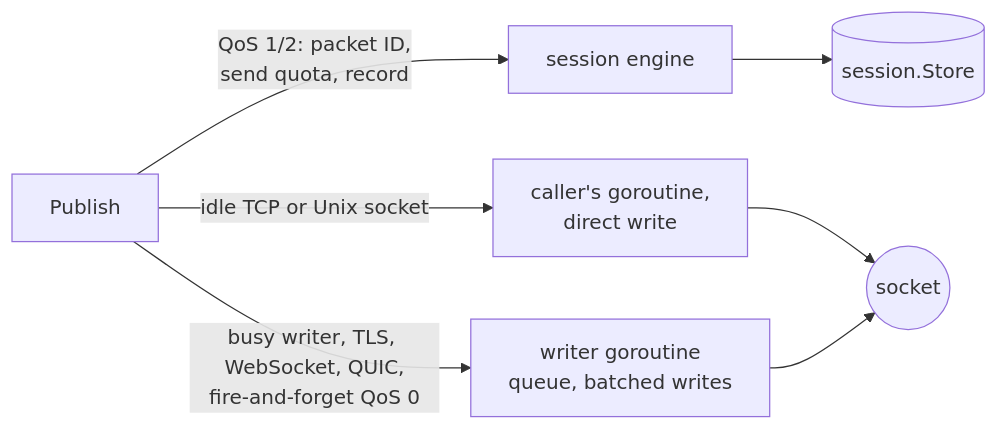
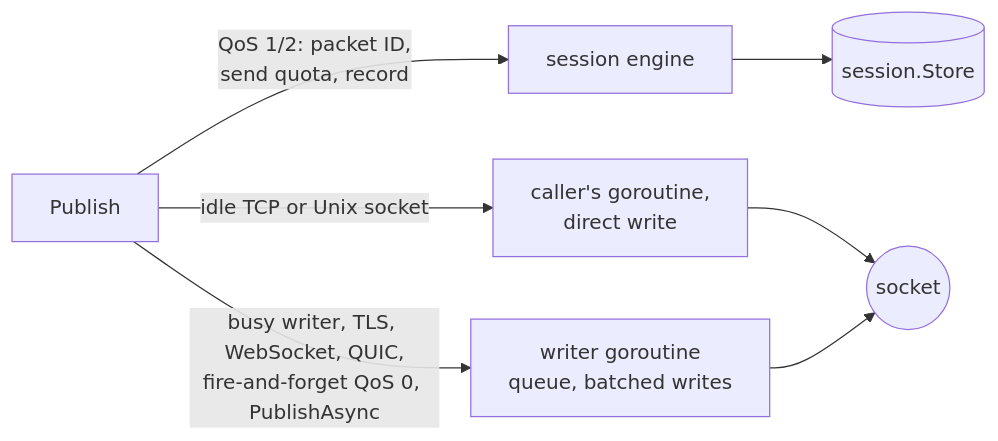
One commit to ashtonian/mqttv5 changed the first of 2 diagrams in docs/architecture.md. Above: the diagram before and after it, drawn with Mermaid. The commit also changed other lines of this file and 13 other files, not shown here.

````diff
--- a/docs/architecture.md
+++ b/docs/architecture.md
@@ -7,6 +7,6 @@
 ```mermaid
 flowchart LR
     pub["Publish"] -- "QoS 1/2: packet ID,<br/>send quota, record" --> engine["session engine"] --> store[("session.Store")]
     pub -- "idle TCP or Unix socket" --> direct["caller's goroutine,<br/>direct write"] --> sock(("socket"))
-    pub -- "busy writer, TLS, WebSocket, QUIC,<br/>fire-and-forget QoS 0" --> writer["writer goroutine<br/>queue, batched writes"] --> sock
+    pub -- "busy writer, TLS, WebSocket, QUIC,<br/>fire-and-forget QoS 0, PublishAsync" --> writer["writer goroutine<br/>queue, batched writes"] --> sock
 ```
````
